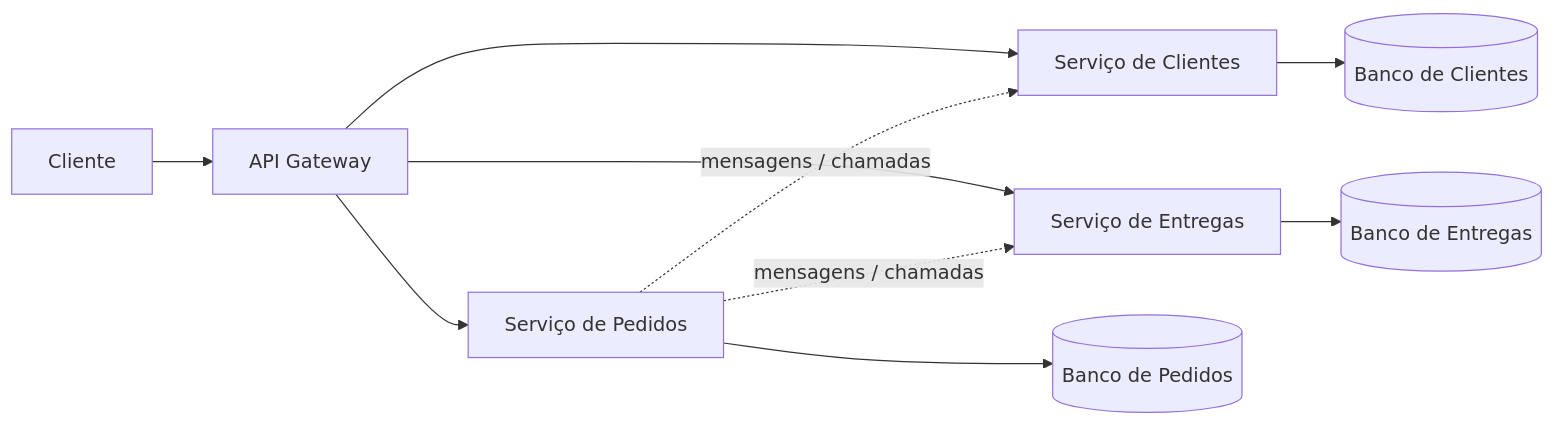
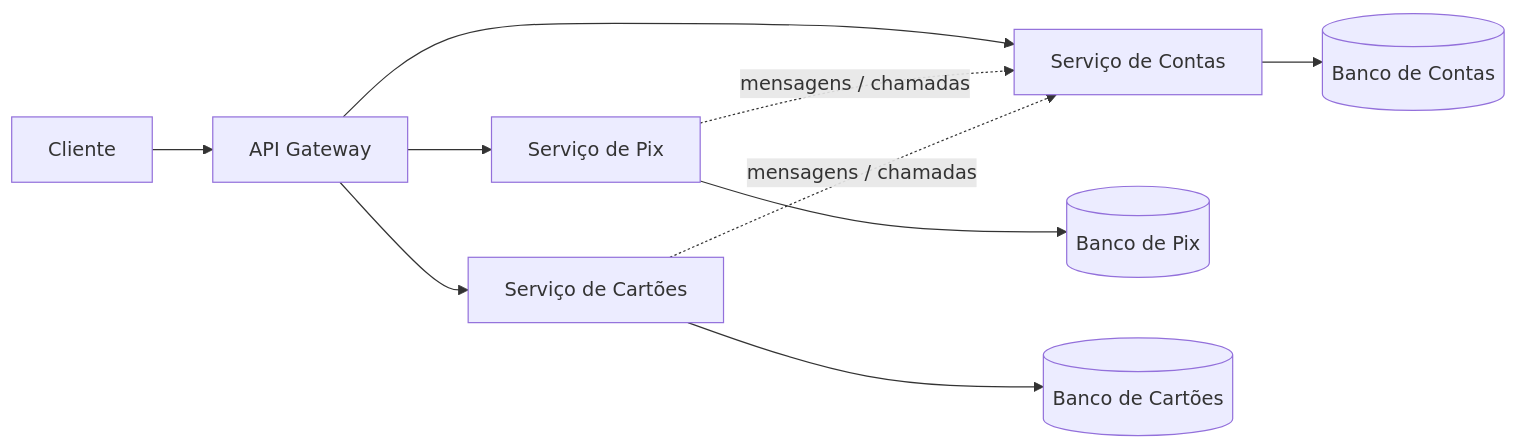
Before and after one commit to alancesar/design-patterns: the diagram in docs/architecture/microservices/architectural-style/microservice-architecture.md, drawn with Mermaid. The commit also changed other lines of this file and 27 other files, not shown here.

Commit message:
Switch microservices concrete diagrams to fintech scenarios

````diff
--- a/docs/architecture/microservices/architectural-style/microservice-architecture.md
+++ b/docs/architecture/microservices/architectural-style/microservice-architecture.md
@@ -59,12 +59,12 @@
 ```mermaid
 flowchart LR
     C[Cliente] --> GW[API Gateway]
-    GW --> S1[Serviço de Pedidos]
-    GW --> S2[Serviço de Clientes]
-    GW --> S3[Serviço de Entregas]
-    S1 --> DB1[(Banco de Pedidos)]
-    S2 --> DB2[(Banco de Clientes)]
-    S3 --> DB3[(Banco de Entregas)]
-    S1 -. "mensagens / chamadas" .-> S2
-    S1 -. "mensagens / chamadas" .-> S3
+    GW --> S1[Serviço de Contas]
+    GW --> S2[Serviço de Pix]
+    GW --> S3[Serviço de Cartões]
+    S1 --> DB1[(Banco de Contas)]
+    S2 --> DB2[(Banco de Pix)]
+    S3 --> DB3[(Banco de Cartões)]
+    S2 -. "mensagens / chamadas" .-> S1
+    S3 -. "mensagens / chamadas" .-> S1
 ```
````
